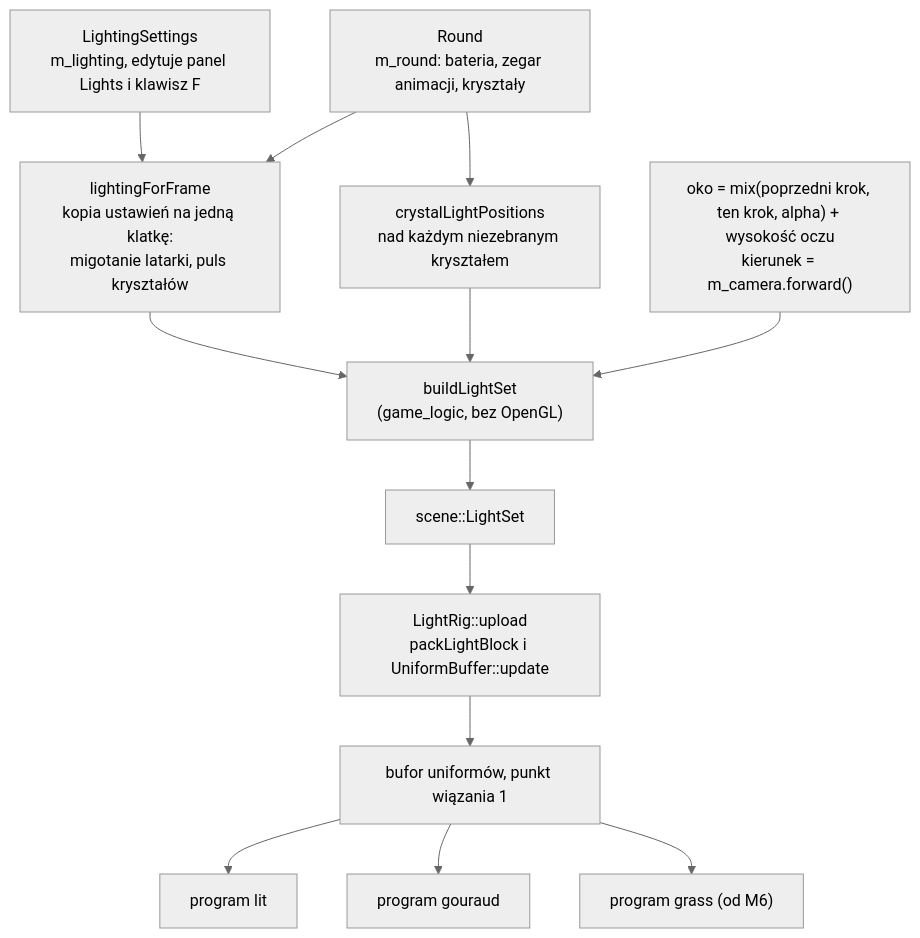
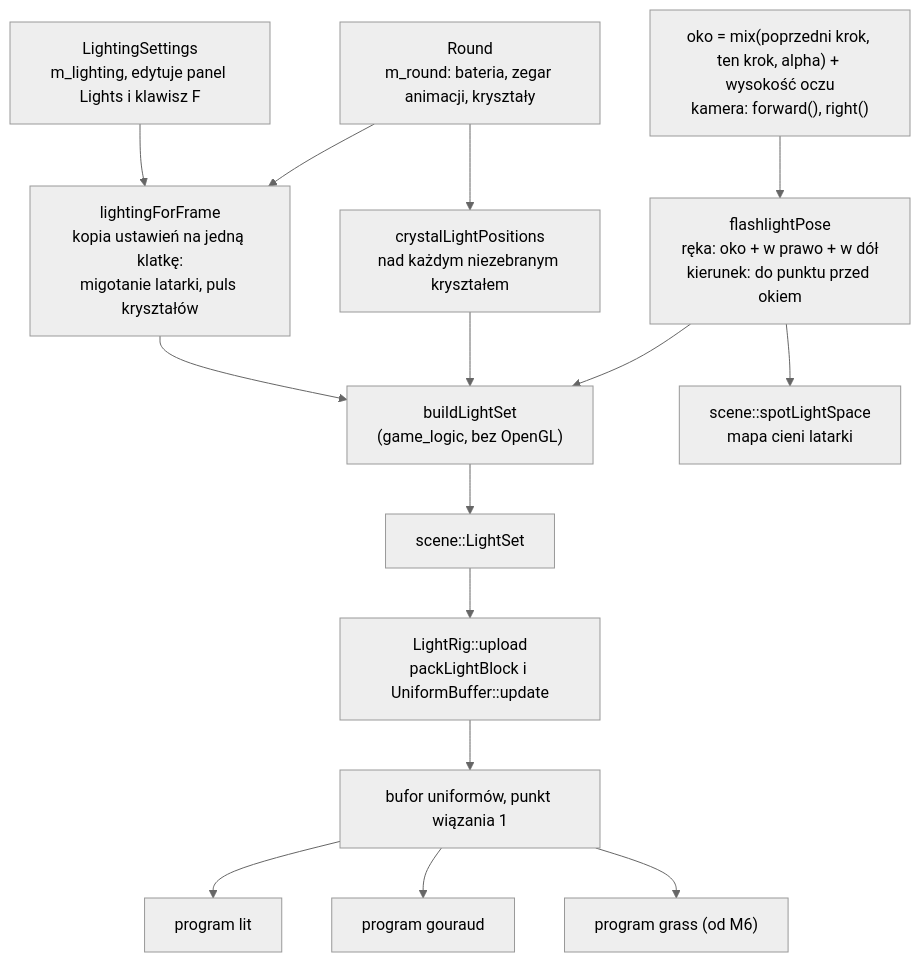
Before and after one commit to Shironex/night-maze: the diagram in docs/modules/game/flashlight.md, drawn with Mermaid (neutral theme). The commit also changed other lines of this file and 68 other files, not shown here.

Commit message:
feat(game): cast flashlight shadows from the hand with a perspective shadow map

````diff
--- a/docs/modules/game/flashlight.md
+++ b/docs/modules/game/flashlight.md
@@ -43,15 +45,17 @@
 ```mermaid
 flowchart TD
     Settings["LightingSettings<br>m_lighting, edytuje panel Lights i klawisz F"] --> Frame
     RoundState["Round<br>m_round: bateria, zegar animacji, kryształy"] --> Frame
     Frame["lightingForFrame<br>kopia ustawień na jedną klatkę:<br>migotanie latarki, puls kryształów"] --> Build
     RoundState --> Positions["crystalLightPositions<br>nad każdym niezebranym kryształem"]
     Positions --> Build
-    Eye["oko = mix(poprzedni krok, ten krok, alpha) + wysokość oczu<br>kierunek = m_camera.forward()"] --> Build
+    Eye["oko = mix(poprzedni krok, ten krok, alpha) + wysokość oczu<br>kamera: forward(), right()"] --> Pose["flashlightPose<br>ręka: oko + w prawo + w dół<br>kierunek: do punktu przed okiem"]
+    Pose --> Build
+    Pose --> ShadowMap["scene::spotLightSpace<br>mapa cieni latarki"]
     Build["buildLightSet<br>(game_logic, bez OpenGL)"] --> Set["scene::LightSet"]
     Set --> Upload["LightRig::upload<br>packLightBlock i UniformBuffer::update"]
     Upload --> Card["bufor uniformów, punkt wiązania 1"]
     Card --> Lit["program lit"]
     Card --> Gouraud["program gouraud"]
     Card --> Grass["program grass (od M6)"]
 ```
````
